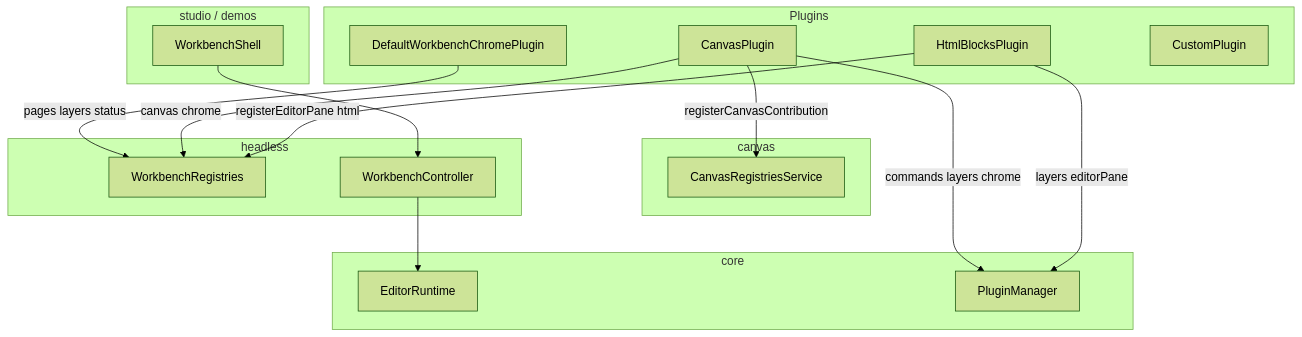
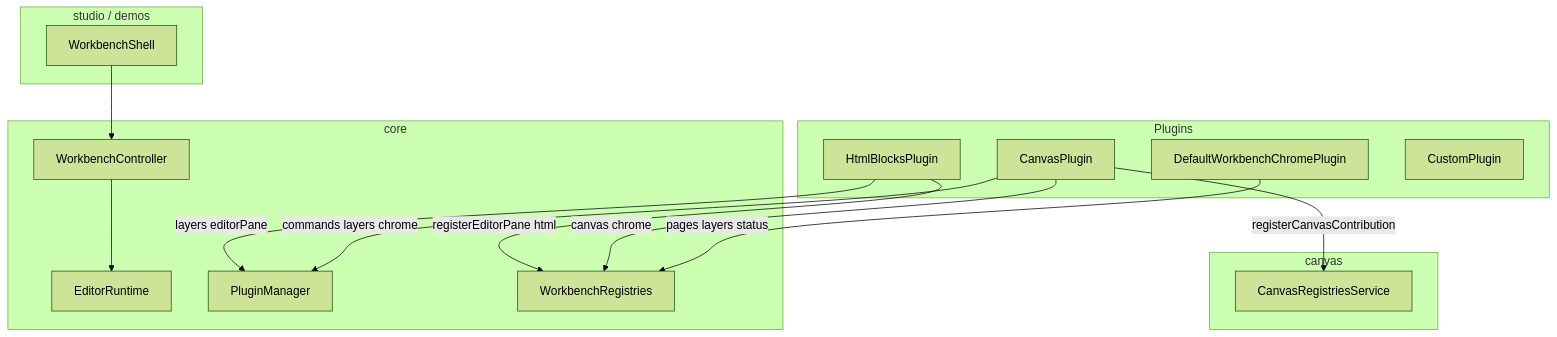
The diagram in Architecture.md (openenvx/editor), drawn with Mermaid (forest theme) before and after one commit. The commit also changed other lines of this file and 530 other files, not shown here.

First line of the commit message:
refactor: update package references and documentation for core schema

````diff
--- a/Architecture.md
+++ b/Architecture.md
@@ -72,31 +71,29 @@
 ```mermaid
 flowchart TB
   subgraph plugins [Plugins]
     Chrome[DefaultWorkbenchChromePlugin]
     CanvasPlugin[CanvasPlugin]
     HtmlBlocks[HtmlBlocksPlugin]
     Custom[CustomPlugin]
   end
   subgraph canvasPkg [canvas]
     Registries[CanvasRegistriesService]
   end
   subgraph coreHost [core]
     Runtime[EditorRuntime]
     PluginHost[PluginManager]
-  end
-  subgraph headlessPkg [headless]
     WbRegs[WorkbenchRegistries]
     Controller[WorkbenchController]
   end
   subgraph app [studio / demos]
     Shell[WorkbenchShell]
   end
   Chrome -->|pages layers status| WbRegs
   CanvasPlugin -->|commands layers chrome| PluginHost
   CanvasPlugin -->|registerCanvasContribution| Registries
   CanvasPlugin -->|canvas chrome| WbRegs
   HtmlBlocks -->|layers editorPane| PluginHost
   HtmlBlocks -->|registerEditorPane html| WbRegs
   Shell --> Controller
   Controller --> Runtime
 ```
````
